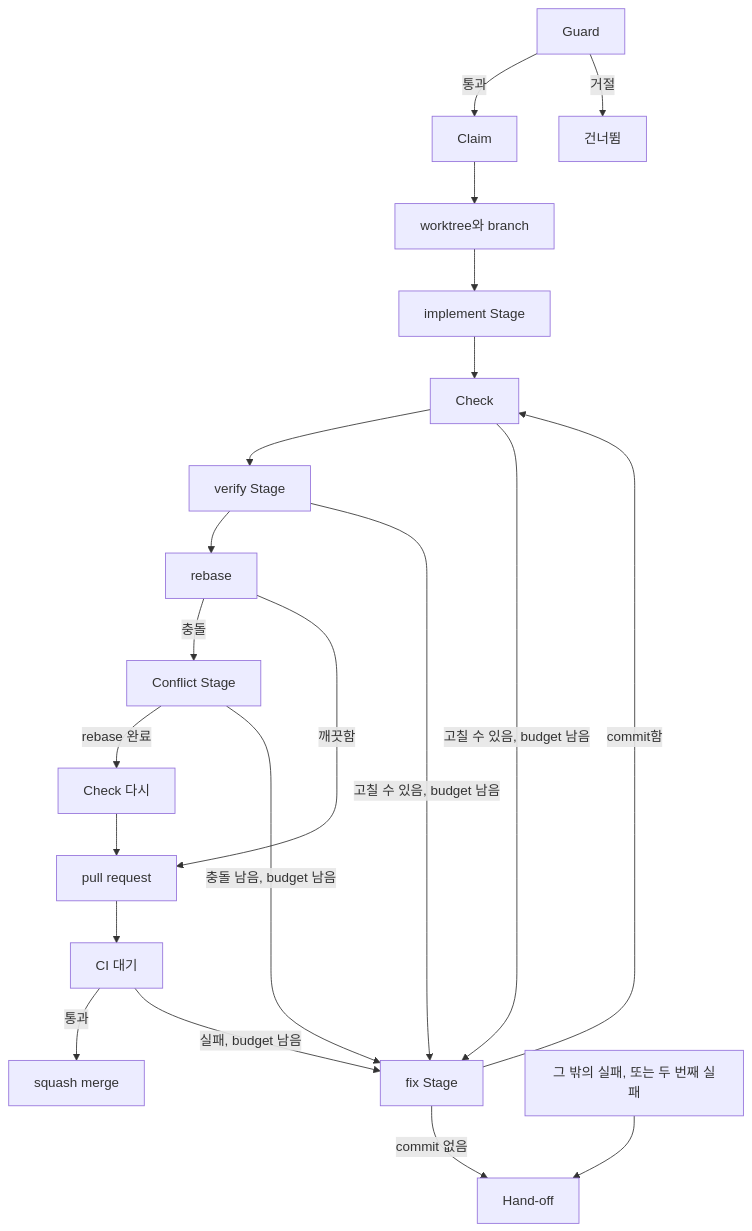
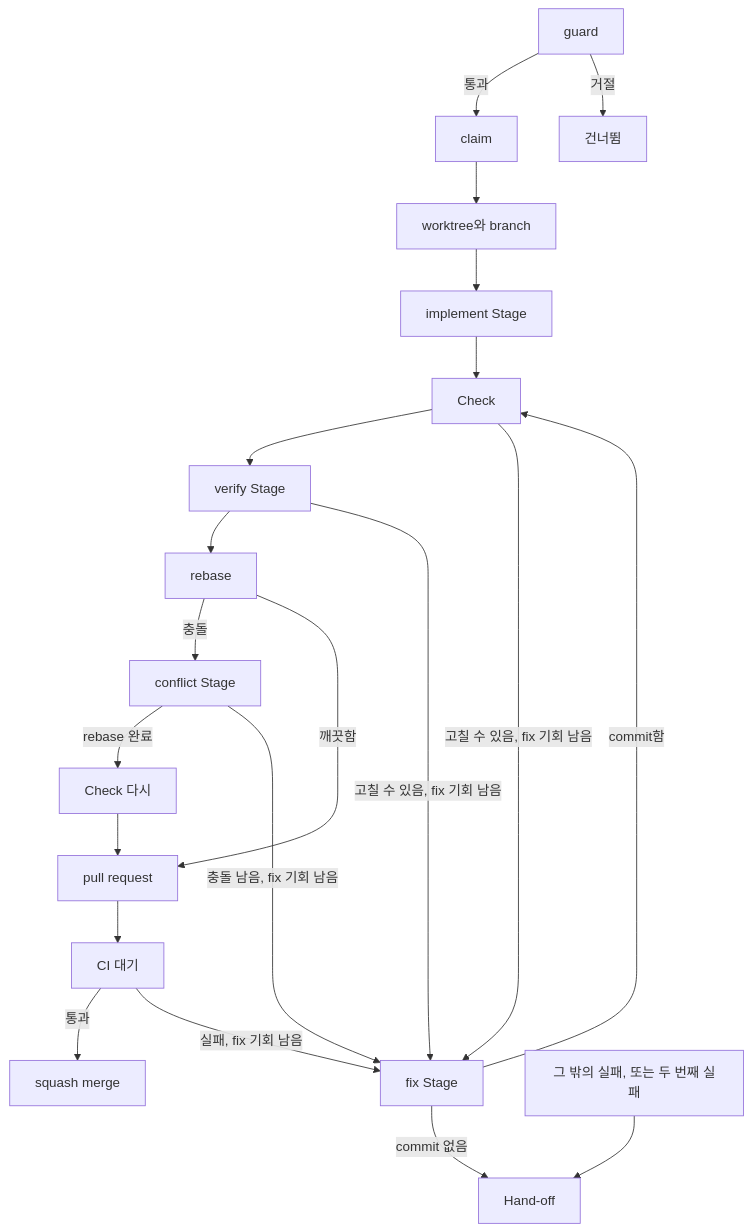
One commit to jjongs2/ticket-runner changed the first of 2 diagrams in wiki/ko/guide/ticket-to-merge.md. Above: the diagram before and after it, drawn with Mermaid. The commit also changed other lines of this file and 20 other files, not shown here.

````diff
--- a/wiki/ko/guide/ticket-to-merge.md
+++ b/wiki/ko/guide/ticket-to-merge.md
@@ -23,23 +23,23 @@
 ```mermaid
 flowchart TD
-    G["Guard"] -->|통과| C["Claim"]
+    G["guard"] -->|통과| C["claim"]
     G -->|거절| S["건너뜀"]
     C --> W["worktree와 branch"]
     W --> I["implement Stage"]
     I --> K["Check"]
     K --> V["verify Stage"]
     V --> R["rebase"]
-    R -->|충돌| X["Conflict Stage"]
+    R -->|충돌| X["conflict Stage"]
     X -->|rebase 완료| K2["Check 다시"]
     R -->|깨끗함| P["pull request"]
     K2 --> P
     P --> CI["CI 대기"]
     CI -->|통과| M["squash merge"]
-    K -->|"고칠 수 있음, budget 남음"| F["fix Stage"]
-    V -->|"고칠 수 있음, budget 남음"| F
-    X -->|"충돌 남음, budget 남음"| F
-    CI -->|"실패, budget 남음"| F
+    K -->|"고칠 수 있음, fix 기회 남음"| F["fix Stage"]
+    V -->|"고칠 수 있음, fix 기회 남음"| F
+    X -->|"충돌 남음, fix 기회 남음"| F
+    CI -->|"실패, fix 기회 남음"| F
     F -->|commit함| K
     F -->|commit 없음| H["Hand-off"]
     O["그 밖의 실패, 또는 두 번째 실패"] --> H
 ```
````
